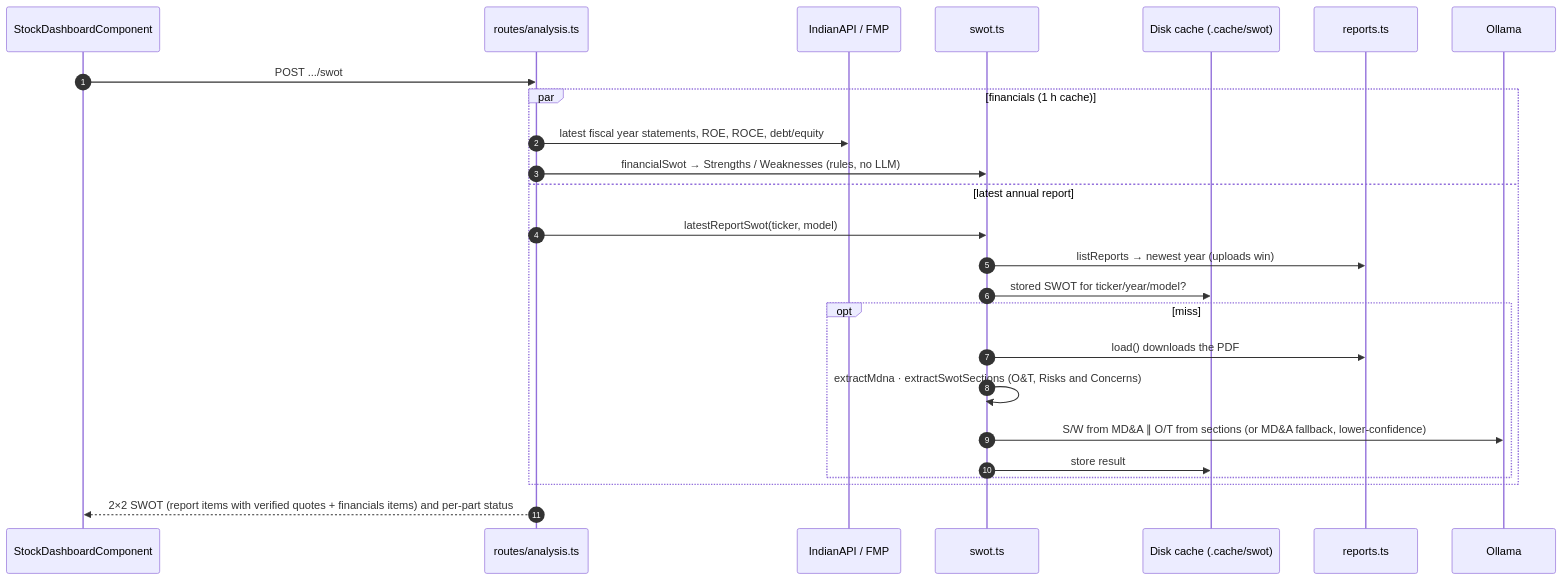
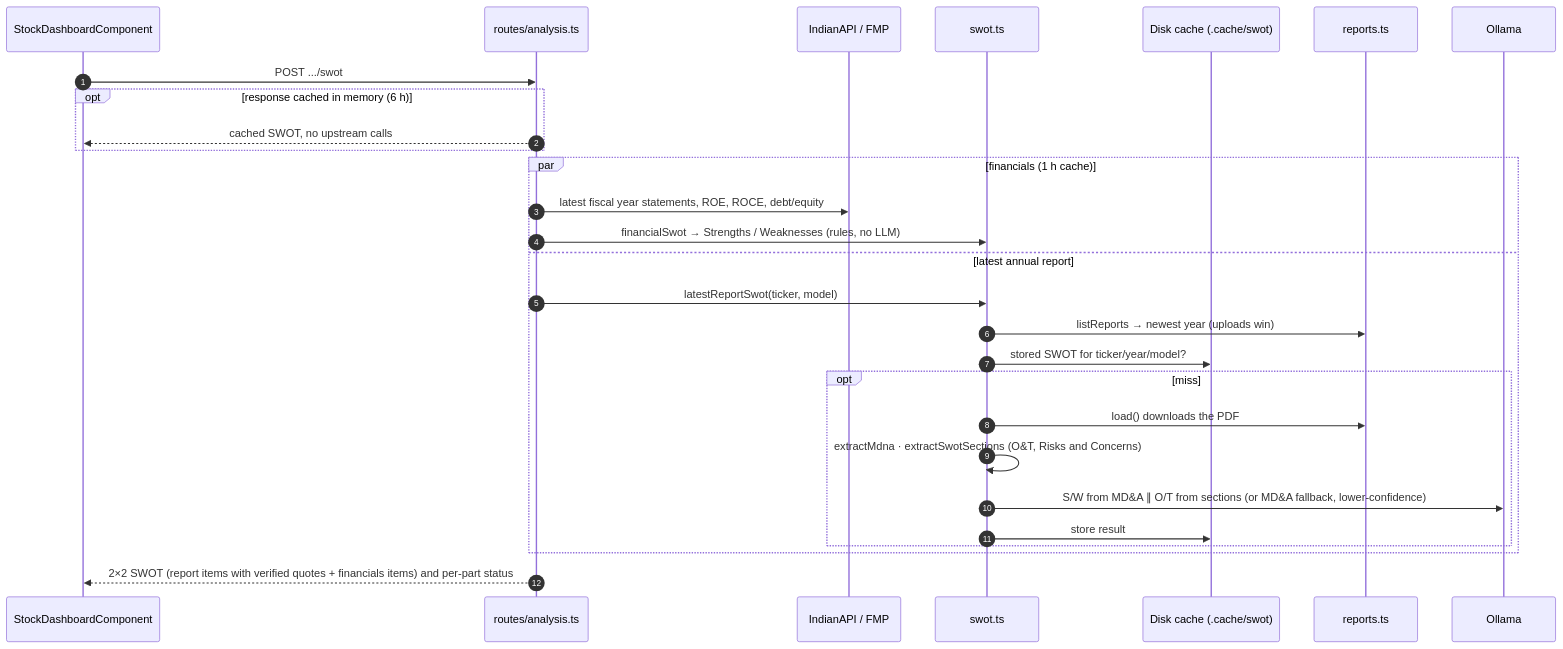
Before and after one commit to vigneshsn/dcf-stock-valuation: the sixth of 6 diagrams in docs/architecture.md, drawn with Mermaid. The commit also changed other lines of this file and 6 other files, not shown here.

````diff
--- a/docs/architecture.md
+++ b/docs/architecture.md
@@ -219,28 +223,31 @@
 ```mermaid
 sequenceDiagram
     autonumber
     participant UI as StockDashboardComponent
     participant API as routes/analysis.ts
     participant P as IndianAPI / FMP
     participant S as swot.ts
     participant D as Disk cache (.cache/swot)
     participant R as reports.ts
     participant L as Ollama
 
     UI->>API: POST .../swot
+    opt response cached in memory (6 h)
+        API-->>UI: cached SWOT, no upstream calls
+    end
     par financials (1 h cache)
         API->>P: latest fiscal year statements, ROE, ROCE, debt/equity
         API->>S: financialSwot → Strengths / Weaknesses (rules, no LLM)
     and latest annual report
         API->>S: latestReportSwot(ticker, model)
         S->>R: listReports → newest year (uploads win)
         S->>D: stored SWOT for ticker/year/model?
         opt miss
             S->>R: load() downloads the PDF
             S->>S: extractMdna · extractSwotSections (O&T, Risks and Concerns)
             S->>L: S/W from MD&A ∥ O/T from sections (or MD&A fallback, lower-confidence)
             S->>D: store result
         end
     end
     API-->>UI: 2×2 SWOT (report items with verified quotes + financials items) and per-part status
 ```
````
